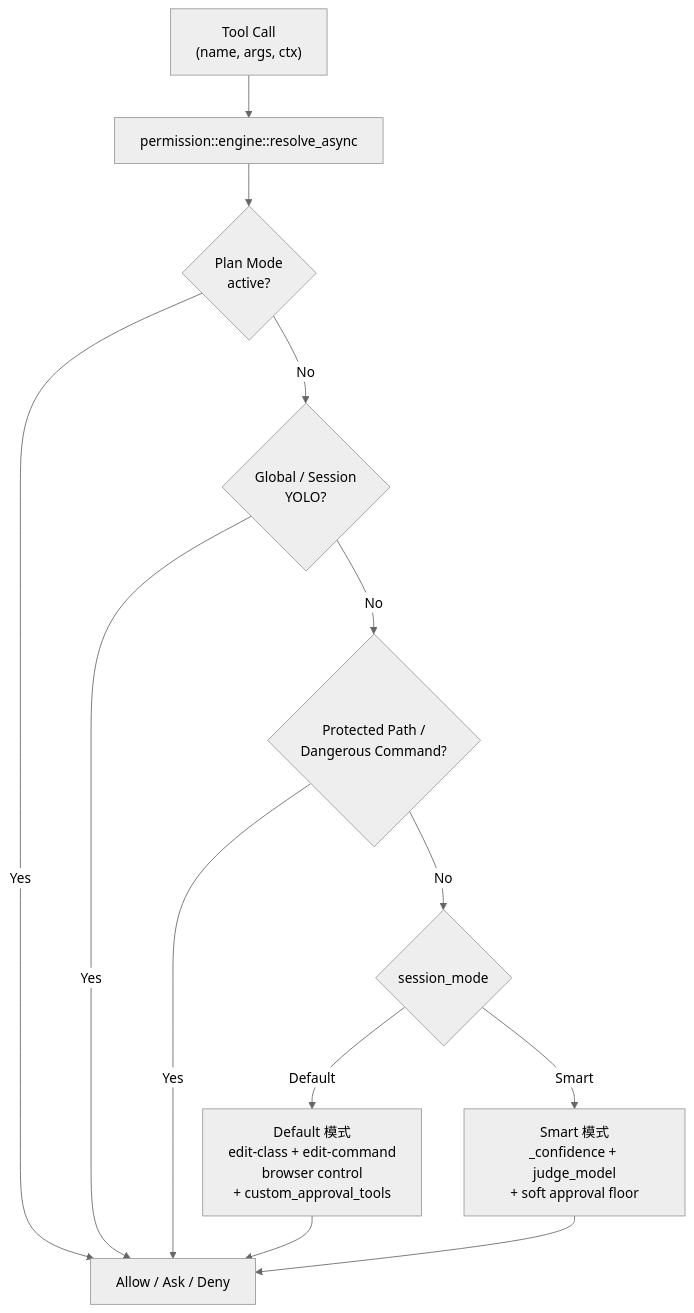
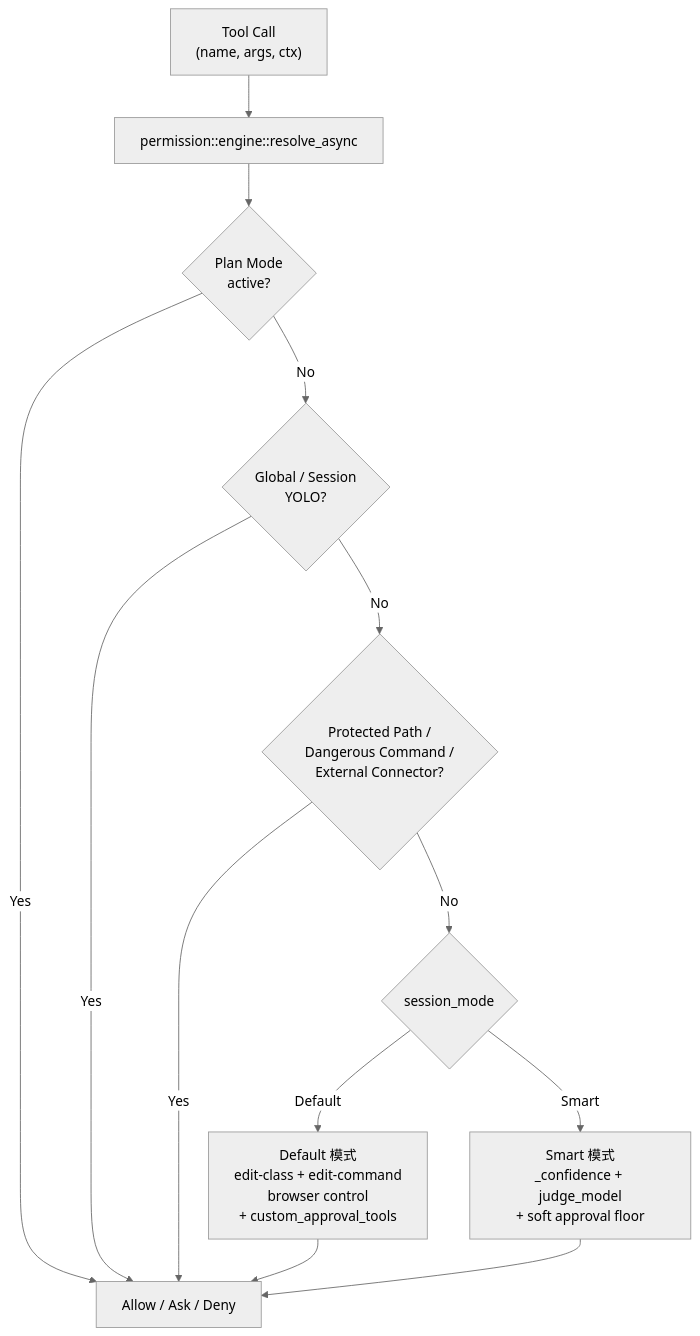
The diagram in docs/architecture/permission-system.md (shiwenwen/hope-agent), drawn with Mermaid (neutral theme) before and after one commit. The commit also changed other lines of this file and 36 other files, not shown here.

````diff
--- a/docs/architecture/permission-system.md
+++ b/docs/architecture/permission-system.md
@@ -39,25 +39,25 @@
 ```mermaid
 graph TD
     Tool["Tool Call<br/>(name, args, ctx)"]
     Engine["permission::engine::resolve_async"]
     Plan{"Plan Mode<br/>active?"}
     Yolo{"Global / Session<br/>YOLO?"}
-    Strict{"Protected Path /<br/>Dangerous Command?"}
+    Strict{"Protected Path /<br/>Dangerous Command /<br/>External Connector?"}
     Mode{"session_mode"}
     Default["Default 模式<br/>edit-class + edit-command<br/>browser control<br/>+ custom_approval_tools"]
     Smart["Smart 模式<br/>_confidence + judge_model<br/>+ soft approval floor"]
     Decision["Allow / Ask / Deny"]
 
     Tool --> Engine
     Engine --> Plan
     Plan -- Yes --> Decision
     Plan -- No --> Yolo
     Yolo -- Yes --> Decision
     Yolo -- No --> Strict
     Strict -- Yes --> Decision
     Strict -- No --> Mode
     Mode -- Default --> Default
     Mode -- Smart --> Smart
     Default --> Decision
     Smart --> Decision
 ```
````
